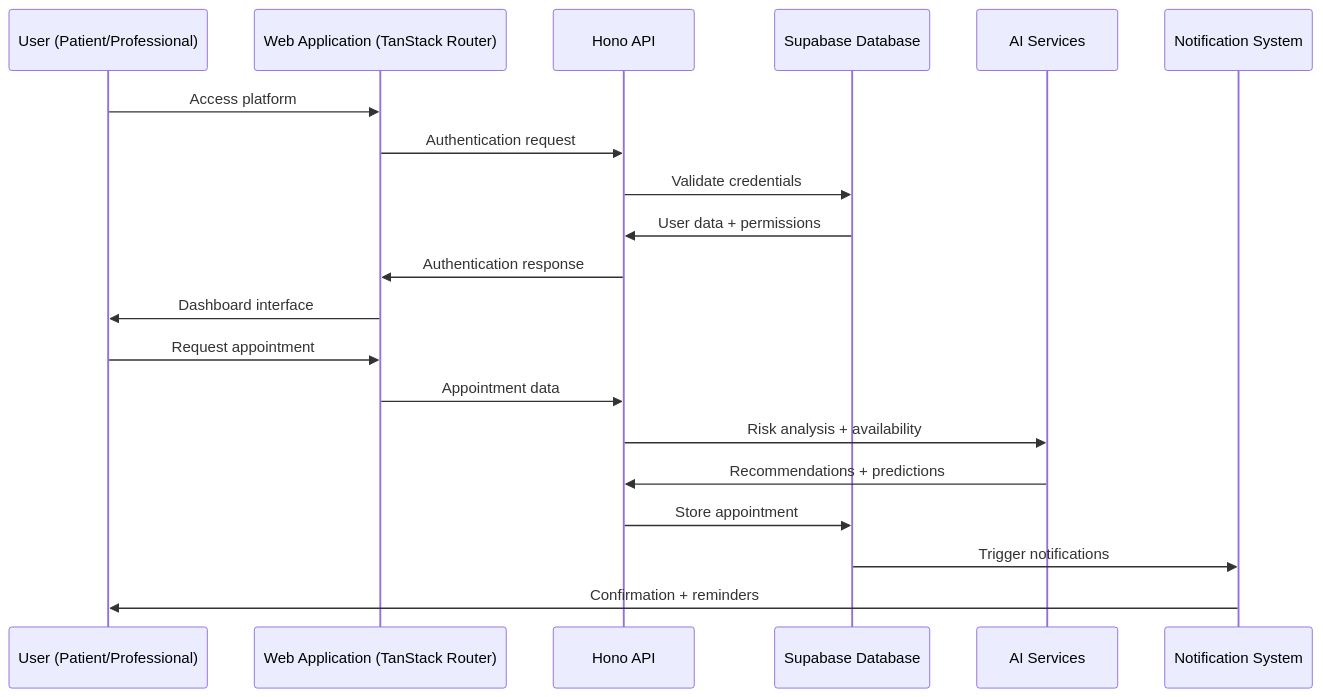
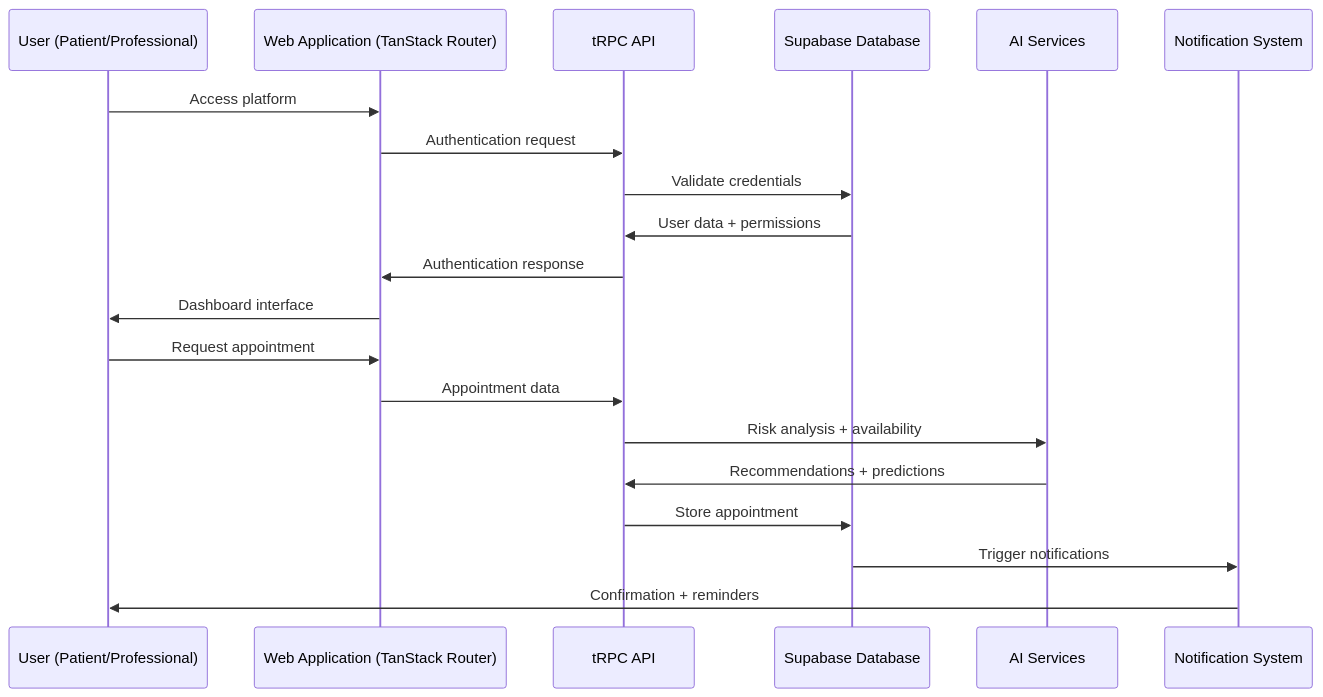
The first of 16 diagrams in docs/architecture/aesthetic-platform-flows.md (GrupoUS/neonpro), drawn with Mermaid before and after one commit. The commit also changed other lines of this file and 892 other files, not shown here.

````diff
--- a/docs/architecture/aesthetic-platform-flows.md
+++ b/docs/architecture/aesthetic-platform-flows.md
@@ -34,24 +27,24 @@
 ```mermaid
 sequenceDiagram
     participant U as User (Patient/Professional)
     participant W as Web Application (TanStack Router)
-    participant API as Hono API
+    participant API as tRPC API
     participant DB as Supabase Database
     participant AI as AI Services
     participant N as Notification System
 
     U->>W: Access platform
     W->>API: Authentication request
     API->>DB: Validate credentials
     DB->>API: User data + permissions
     API->>W: Authentication response
     W->>U: Dashboard interface
 
     U->>W: Request appointment
     W->>API: Appointment data
     API->>AI: Risk analysis + availability
     AI->>API: Recommendations + predictions
     API->>DB: Store appointment
     DB->>N: Trigger notifications
     N->>U: Confirmation + reminders
 ```
````
